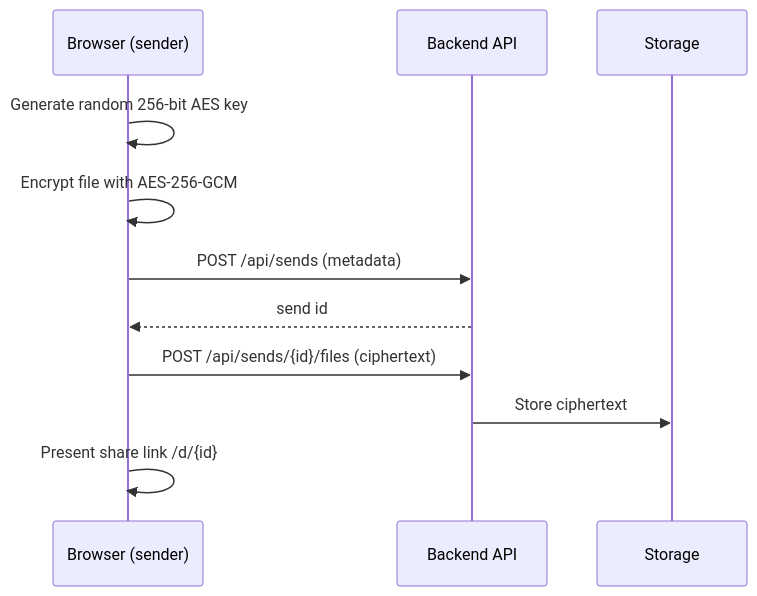
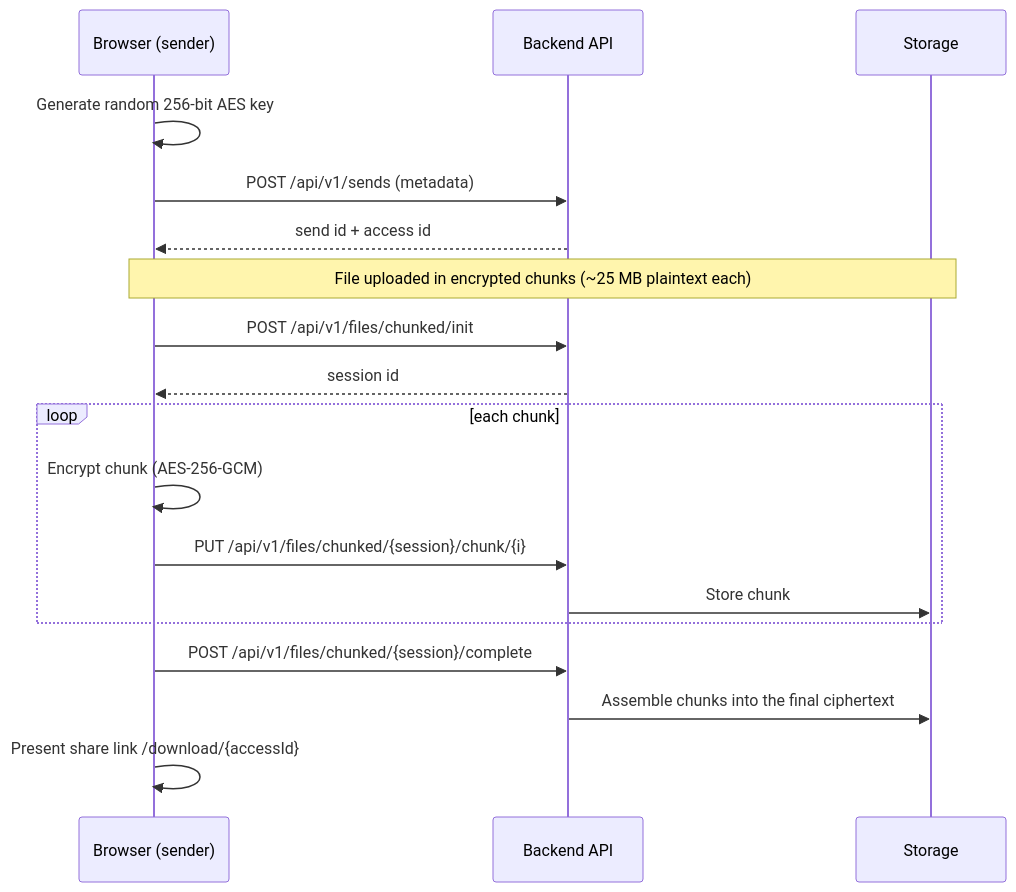
The second of 4 diagrams in docs/site/docs/architecture.md (sE2EEnd/sE2EEnd), drawn with Mermaid before and after one commit. The commit also changed other lines of this file and 54 other files, not shown here.

````diff
--- a/docs/site/docs/architecture.md
+++ b/docs/site/docs/architecture.md
@@ -39,14 +39,21 @@
 ```mermaid
 sequenceDiagram
     participant B as Browser (sender)
     participant API as Backend API
     participant S as Storage
 
     B->>B: Generate random 256-bit AES key
-    B->>B: Encrypt file with AES-256-GCM
-    B->>API: POST /api/sends (metadata)
-    API-->>B: send id
-    B->>API: POST /api/sends/{id}/files (ciphertext)
-    API->>S: Store ciphertext
-    B->>B: Present share link /d/{id}#key
+    B->>API: POST /api/v1/sends (metadata)
+    API-->>B: send id + access id
+    Note over B,S: File uploaded in encrypted chunks (~25 MB plaintext each)
+    B->>API: POST /api/v1/files/chunked/init
+    API-->>B: session id
+    loop each chunk
+        B->>B: Encrypt chunk (AES-256-GCM)
+        B->>API: PUT /api/v1/files/chunked/{session}/chunk/{i}
+        API->>S: Store chunk
+    end
+    B->>API: POST /api/v1/files/chunked/{session}/complete
+    API->>S: Assemble chunks into the final ciphertext
+    B->>B: Present share link /download/{accessId}#key
 ```
````
